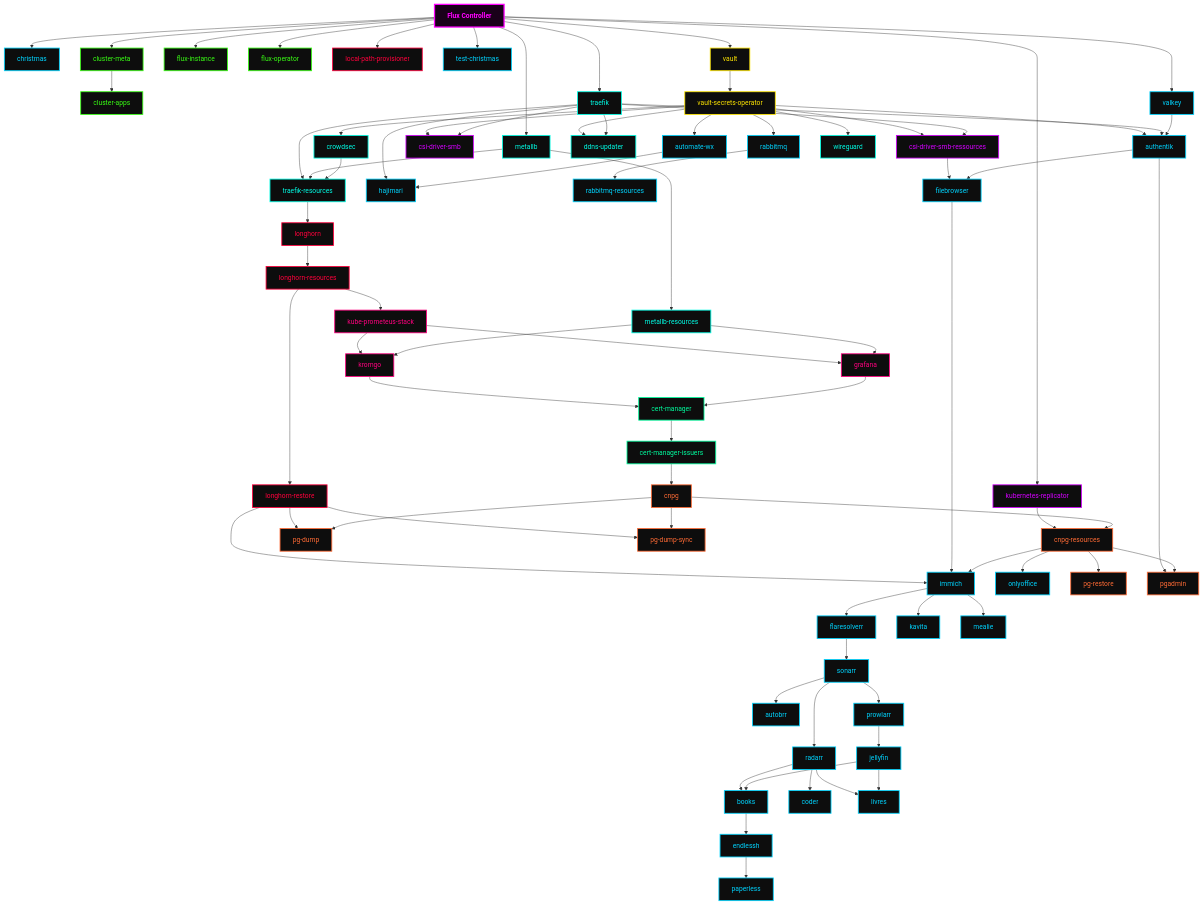
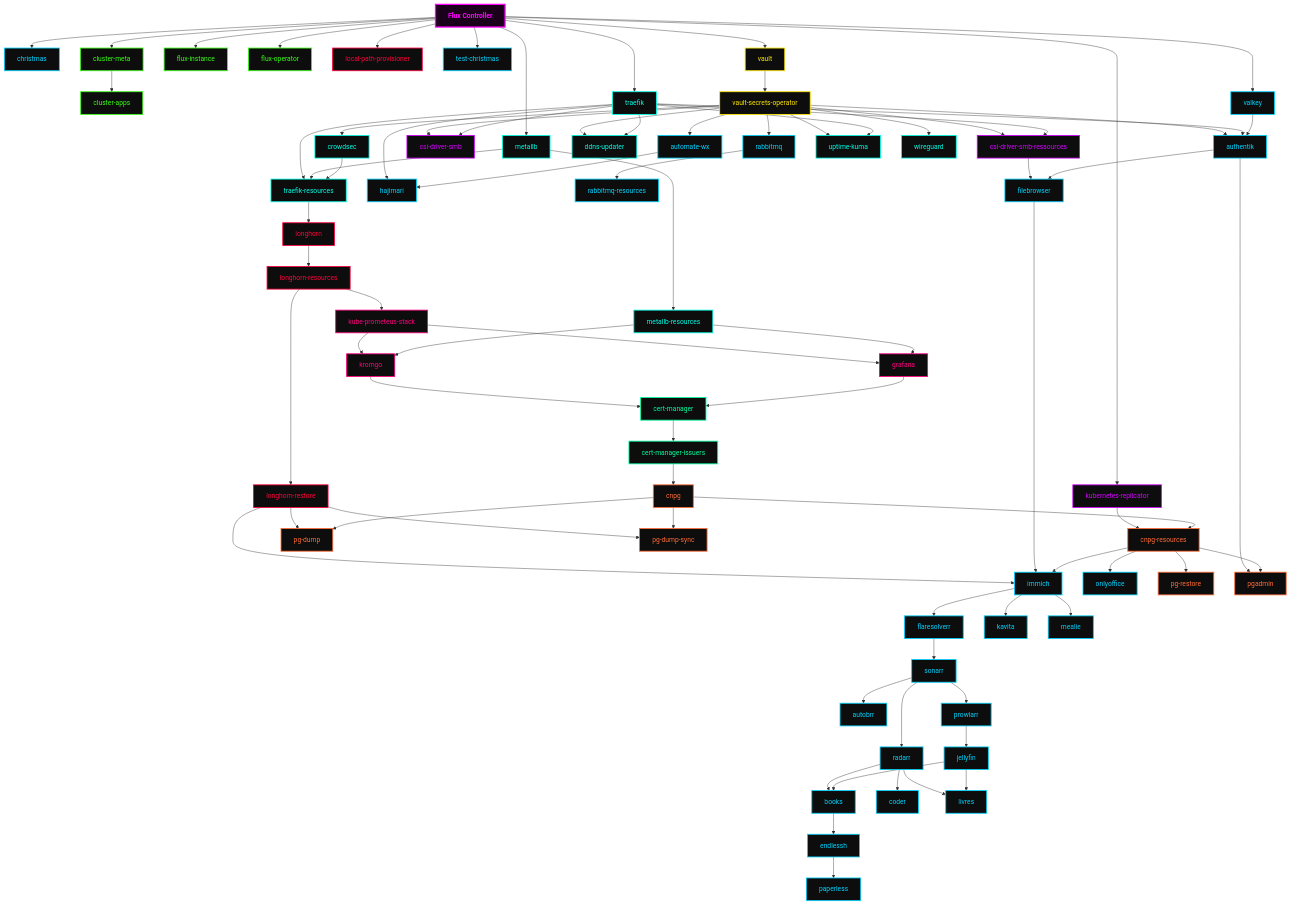
The diagram in README.md (rdartus/home-ops), drawn with Mermaid before and after one commit. The commit also changed 9 other files, not shown here.

Commit message:
deploy uptime Kuma

````diff
--- a/README.md
+++ b/README.md
@@ -143,6 +143,7 @@
   default__test_christmas["test-christmas"]
   network__traefik["traefik"]
   network__traefik_resources["traefik-resources"]
+  network__uptime_kuma["uptime-kuma"]
   default__valkey["valkey"]
   vault__vault["vault"]
   vault__vault_secrets_operator["vault-secrets-operator"]
@@ -210,6 +211,7 @@
   network__traefik --> kube_system__csi_driver_smb_ressources
   network__traefik --> network__ddns_updater
   network__traefik --> network__traefik_resources
+  network__traefik --> network__uptime_kuma
   network__traefik_resources --> longhorn_system__longhorn
   observability__grafana --> cert_manager__cert_manager
   observability__kromgo --> cert_manager__cert_manager
@@ -223,6 +225,7 @@
   vault__vault_secrets_operator --> kube_system__csi_driver_smb_ressources
   vault__vault_secrets_operator --> network__crowdsec
   vault__vault_secrets_operator --> network__ddns_updater
+  vault__vault_secrets_operator --> network__uptime_kuma
   vault__vault_secrets_operator --> network__wireguard
 
   classDef cls_flux_ctrl fill:#1a001a,stroke:#ff00ff,color:#ff00ff,stroke-width:3px,font-weight:bold;
@@ -243,7 +246,7 @@
   class flux_system__cluster_apps,flux_system__cluster_meta,flux_system__flux_instance,flux_system__flux_operator cls_flux_system;
   class kube_system__csi_driver_smb,kube_system__csi_driver_smb_ressources,kube_system__kubernetes_replicator cls_kube_system;
   class longhorn_system__local_path_provisioner,longhorn_system__longhorn,longhorn_system__longhorn_resources,longhorn_system__longhorn_restore cls_longhorn_system;
-  class network__crowdsec,network__ddns_updater,network__metallb,network__metallb_resources,network__traefik,network__traefik_resources,network__wireguard cls_network;
+  class network__crowdsec,network__ddns_updater,network__metallb,network__metallb_resources,network__traefik,network__traefik_resources,network__uptime_kuma,network__wireguard cls_network;
   class observability__grafana,observability__kromgo,observability__kube_prometeus_stack cls_observability;
   class vault__vault,vault__vault_secrets_operator cls_vault;
 ```
````
